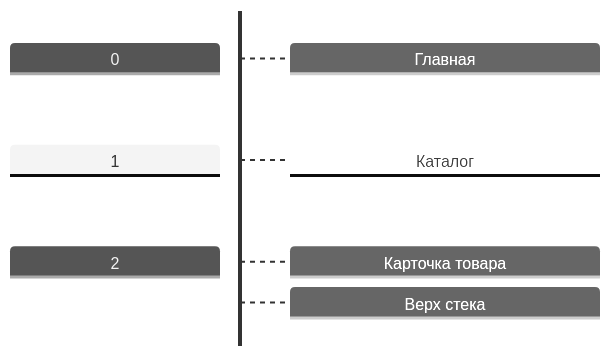
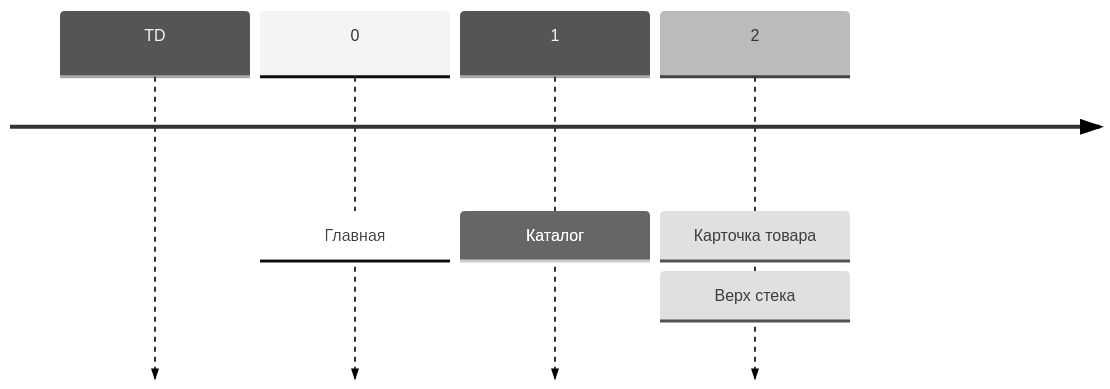
One commit to volsss/docmanager changed the third of 4 diagrams in docs/lab7/Глава 7. Списки, навигация и сложные экраны.md. Above: the diagram before and after it, drawn with Mermaid (neutral theme). The commit also changed other lines of this file and 2 other files, not shown here.

````diff
--- a/docs/lab7/Глава 7. Списки, навигация и сложные экраны.md
+++ b/docs/lab7/Глава 7. Списки, навигация и сложные экраны.md
@@ -433,7 +437,8 @@
 ```mermaid
-timeline TD
-    0 : Главная
-    1 : Каталог
-    2 : Карточка товара
-      : Верх стека
+timeline
+    TD
+    0: Главная
+    1: Каталог
+    2: Карточка товара
+            : Верх стека
 ```
````
